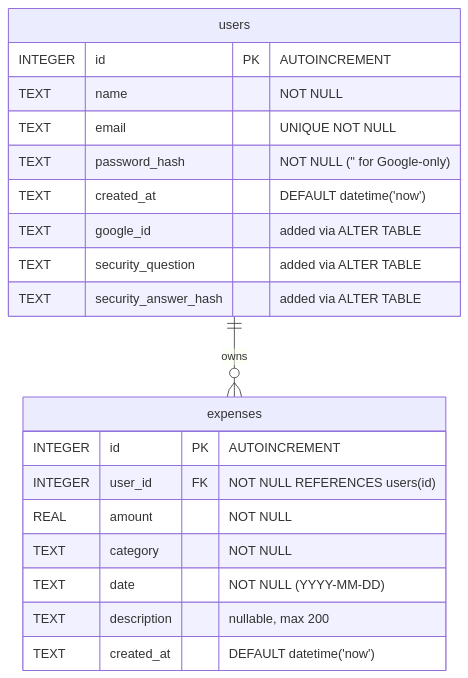
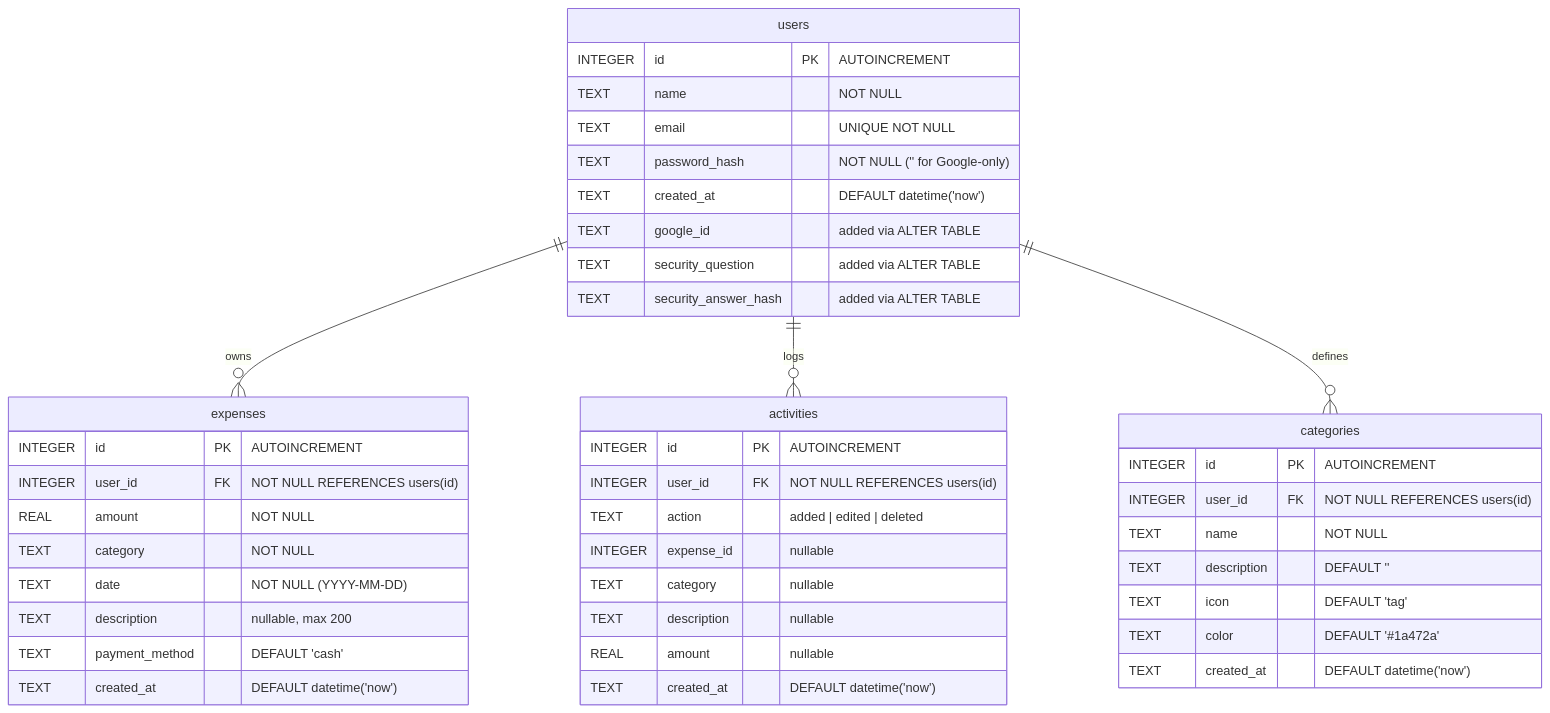
The second of 4 diagrams in PROJECT_DOCUMENTATION.md (sonusuman147/spendly), drawn with Mermaid before and after one commit. The commit also changed other lines of this file and 1 other file, not shown here.

````diff
--- a/PROJECT_DOCUMENTATION.md
+++ b/PROJECT_DOCUMENTATION.md
@@ -318,25 +390,49 @@
 ```mermaid
 erDiagram
     users {
         INTEGER id PK "AUTOINCREMENT"
         TEXT name "NOT NULL"
         TEXT email "UNIQUE NOT NULL"
         TEXT password_hash "NOT NULL ('' for Google-only)"
         TEXT created_at "DEFAULT datetime('now')"
         TEXT google_id "added via ALTER TABLE"
         TEXT security_question "added via ALTER TABLE"
         TEXT security_answer_hash "added via ALTER TABLE"
     }
 
     expenses {
         INTEGER id PK "AUTOINCREMENT"
         INTEGER user_id FK "NOT NULL REFERENCES users(id)"
         REAL amount "NOT NULL"
         TEXT category "NOT NULL"
         TEXT date "NOT NULL (YYYY-MM-DD)"
         TEXT description "nullable, max 200"
+        TEXT payment_method "DEFAULT 'cash'"
+        TEXT created_at "DEFAULT datetime('now')"
+    }
+
+    activities {
+        INTEGER id PK "AUTOINCREMENT"
+        INTEGER user_id FK "NOT NULL REFERENCES users(id)"
+        TEXT action "added | edited | deleted"
+        INTEGER expense_id "nullable"
+        TEXT category "nullable"
+        TEXT description "nullable"
+        REAL amount "nullable"
+        TEXT created_at "DEFAULT datetime('now')"
+    }
+
+    categories {
+        INTEGER id PK "AUTOINCREMENT"
+        INTEGER user_id FK "NOT NULL REFERENCES users(id)"
+        TEXT name "NOT NULL"
+        TEXT description "DEFAULT ''"
+        TEXT icon "DEFAULT 'tag'"
+        TEXT color "DEFAULT '#1a472a'"
         TEXT created_at "DEFAULT datetime('now')"
     }
 
     users ||--o{ expenses : "owns"
+    users ||--o{ activities : "logs"
+    users ||--o{ categories : "defines"
 ```
````
